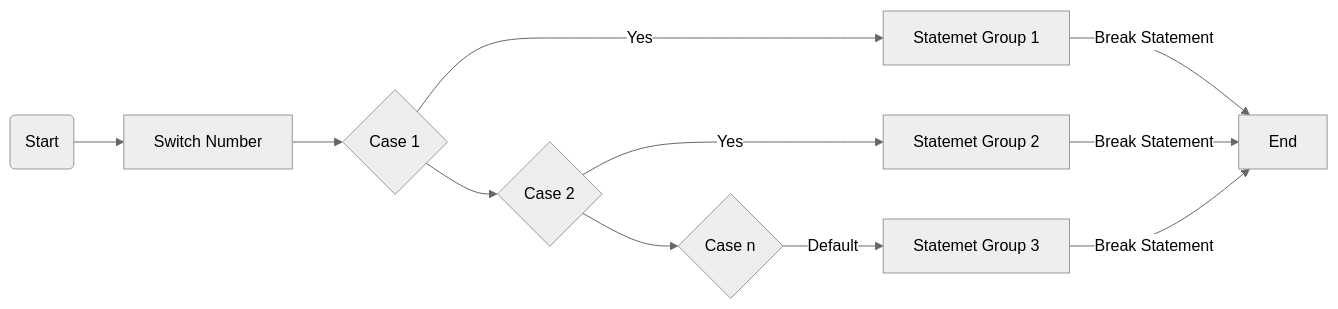
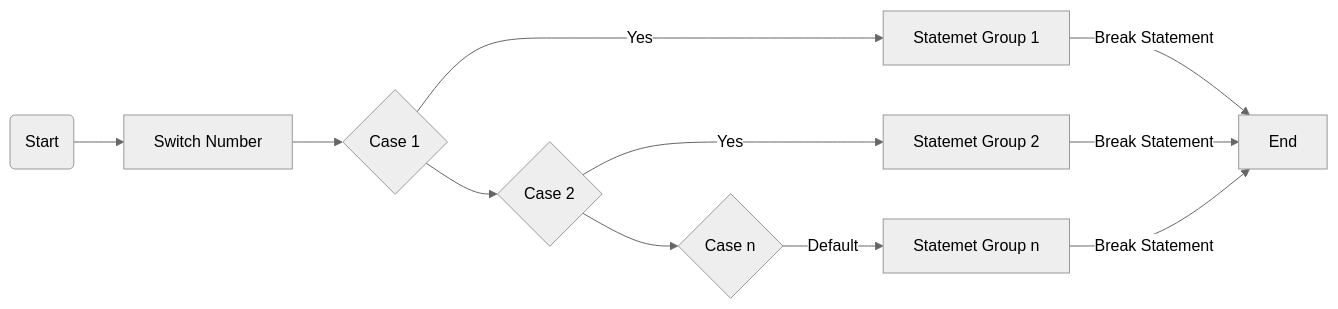
The diagram in docs/codepoint/striver_a2z_dsa_sheet_solution/step01/step1.1/Switch-Statement.md (PrepVerse/CodePoint), drawn with Mermaid (neutral theme) before and after one commit. The commit also changed 6 other files, not shown here.

````diff
--- a/docs/codepoint/striver_a2z_dsa_sheet_solution/step01/step1.1/Switch-Statement.md
+++ b/docs/codepoint/striver_a2z_dsa_sheet_solution/step01/step1.1/Switch-Statement.md
@@ -1,13 +1,13 @@
 ``` mermaid
 graph LR
   A(Start) --> B[Switch Number];
   B --> C{Case 1};
   C --> D{Case 2};
   D --> E{Case n};
   C --> |Yes| F[Statemet Group 1];
   D --> |Yes| G[Statemet Group 2];
-  E --> |Default| H[Statemet Group 3];
+  E --> |Default| H[Statemet Group n];
   F --> |Break Statement| I[End];
   G --> |Break Statement| I[End];
   H --> |Break Statement| I[End];
 ```
````
